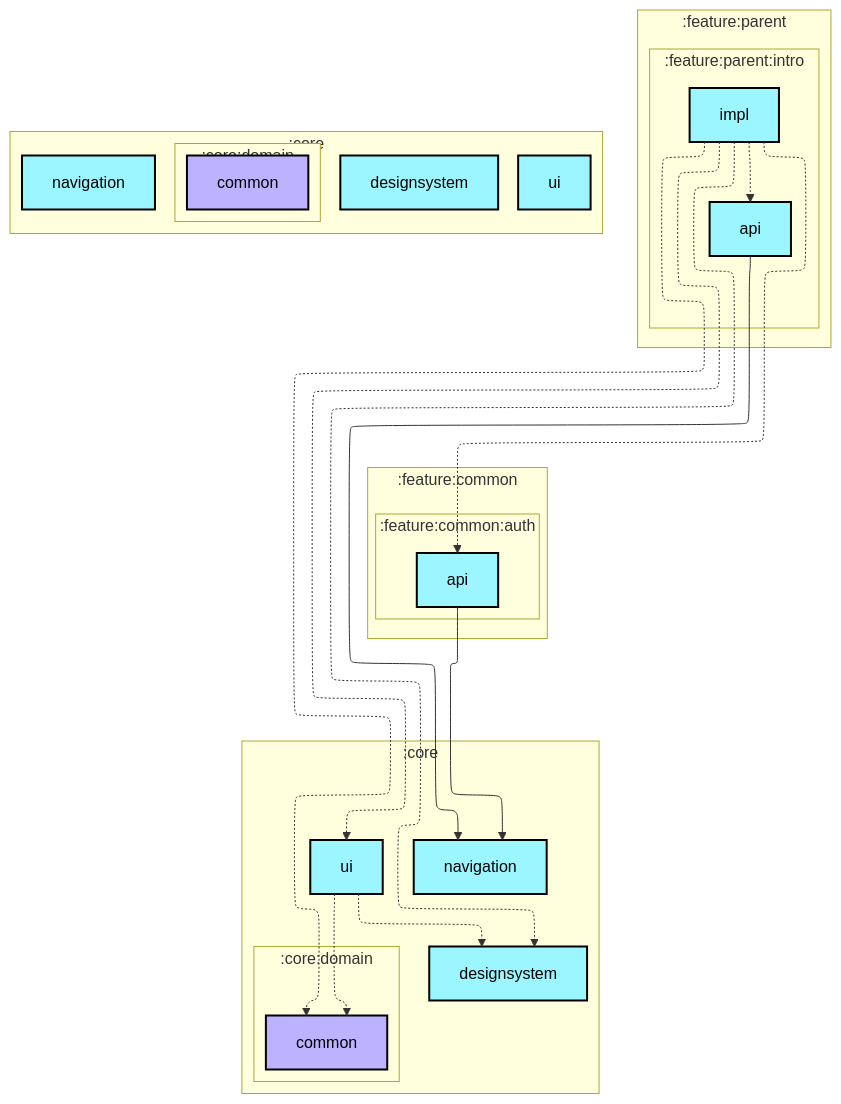
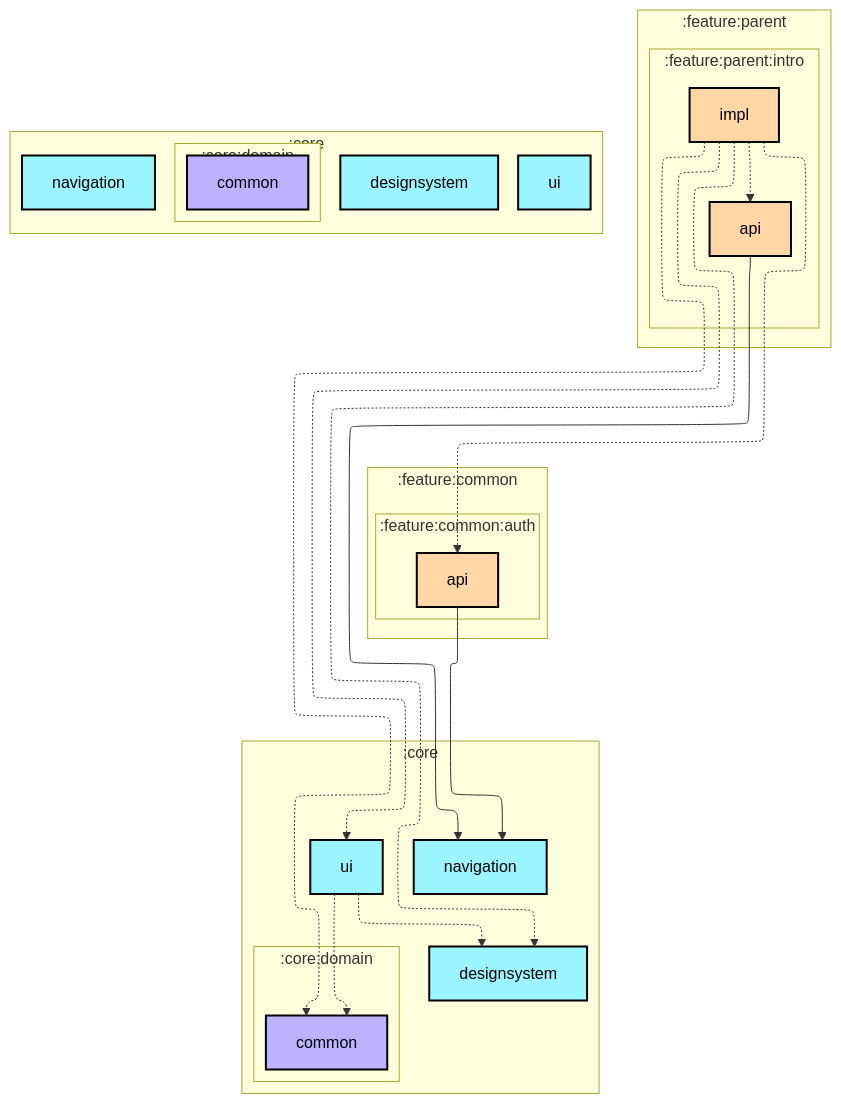
The first of 2 diagrams in architecture/ParentalControlApps/feature/parent/intro/impl/README.md (jadavchirag/jadavchirag), drawn with Mermaid before and after one commit. The commit also changed 26 other files, not shown here.

Commit message:
fixed feature module colors in graphs

````diff
--- a/architecture/ParentalControlApps/feature/parent/intro/impl/README.md
+++ b/architecture/ParentalControlApps/feature/parent/intro/impl/README.md
@@ -6,54 +6,54 @@
 ```mermaid
 ---
 config:
   layout: elk
   elk:
     nodePlacementStrategy: SIMPLE
 ---
 graph TB
   subgraph :feature:parent
     direction TB
     subgraph :feature:parent:intro
       direction TB
-      :feature:parent:intro:api[api]:::android-library
-      :feature:parent:intro:impl[impl]:::android-library
+      :feature:parent:intro:api[api]:::android-feature
+      :feature:parent:intro:impl[impl]:::android-feature
     end
   end
   subgraph :core
     direction TB
     :core:designsystem[designsystem]:::android-library
     :core:navigation[navigation]:::android-library
     :core:ui[ui]:::android-library
   end
   subgraph :feature:common
     direction TB
     subgraph :feature:common:auth
       direction TB
-      :feature:common:auth:api[api]:::android-library
+      :feature:common:auth:api[api]:::android-feature
     end
   end
   subgraph :core
     direction TB
     subgraph :core:domain
       direction TB
       :core:domain:common[common]:::jvm-library
     end
   end
 
   :core:ui -.-> :core:designsystem
   :core:ui -.-> :core:domain:common
   :feature:common:auth:api --> :core:navigation
   :feature:parent:intro:api --> :core:navigation
   :feature:parent:intro:impl -.-> :core:designsystem
   :feature:parent:intro:impl -.-> :core:domain:common
   :feature:parent:intro:impl -.-> :core:ui
   :feature:parent:intro:impl -.-> :feature:common:auth:api
   :feature:parent:intro:impl -.-> :feature:parent:intro:api
 
 classDef android-application fill:#CAFFBF,stroke:#000,stroke-width:2px,color:#000;
 classDef android-feature fill:#FFD6A5,stroke:#000,stroke-width:2px,color:#000;
 classDef android-library fill:#9BF6FF,stroke:#000,stroke-width:2px,color:#000;
 classDef android-test fill:#A0C4FF,stroke:#000,stroke-width:2px,color:#000;
 classDef jvm-library fill:#BDB2FF,stroke:#000,stroke-width:2px,color:#000;
 classDef unknown fill:#FFADAD,stroke:#000,stroke-width:2px,color:#000;
 ```
````
